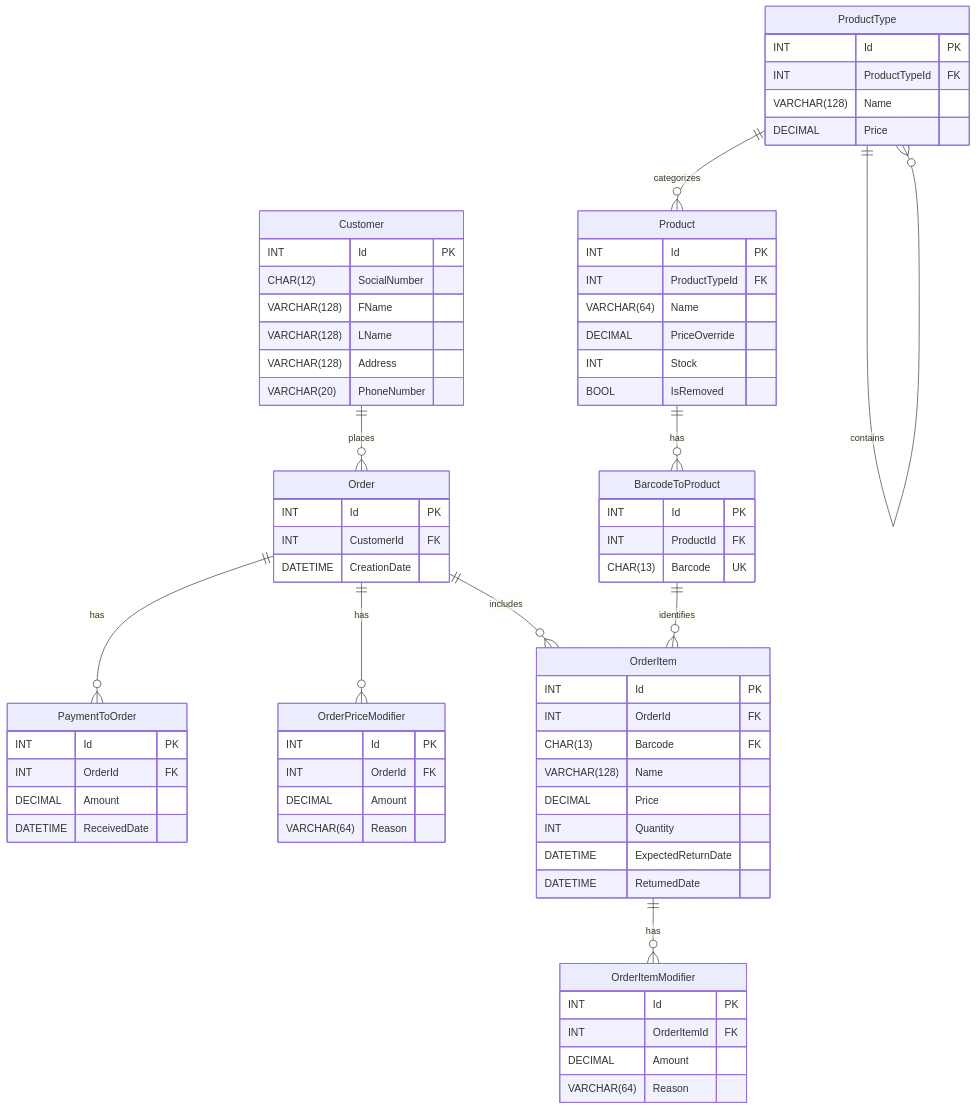
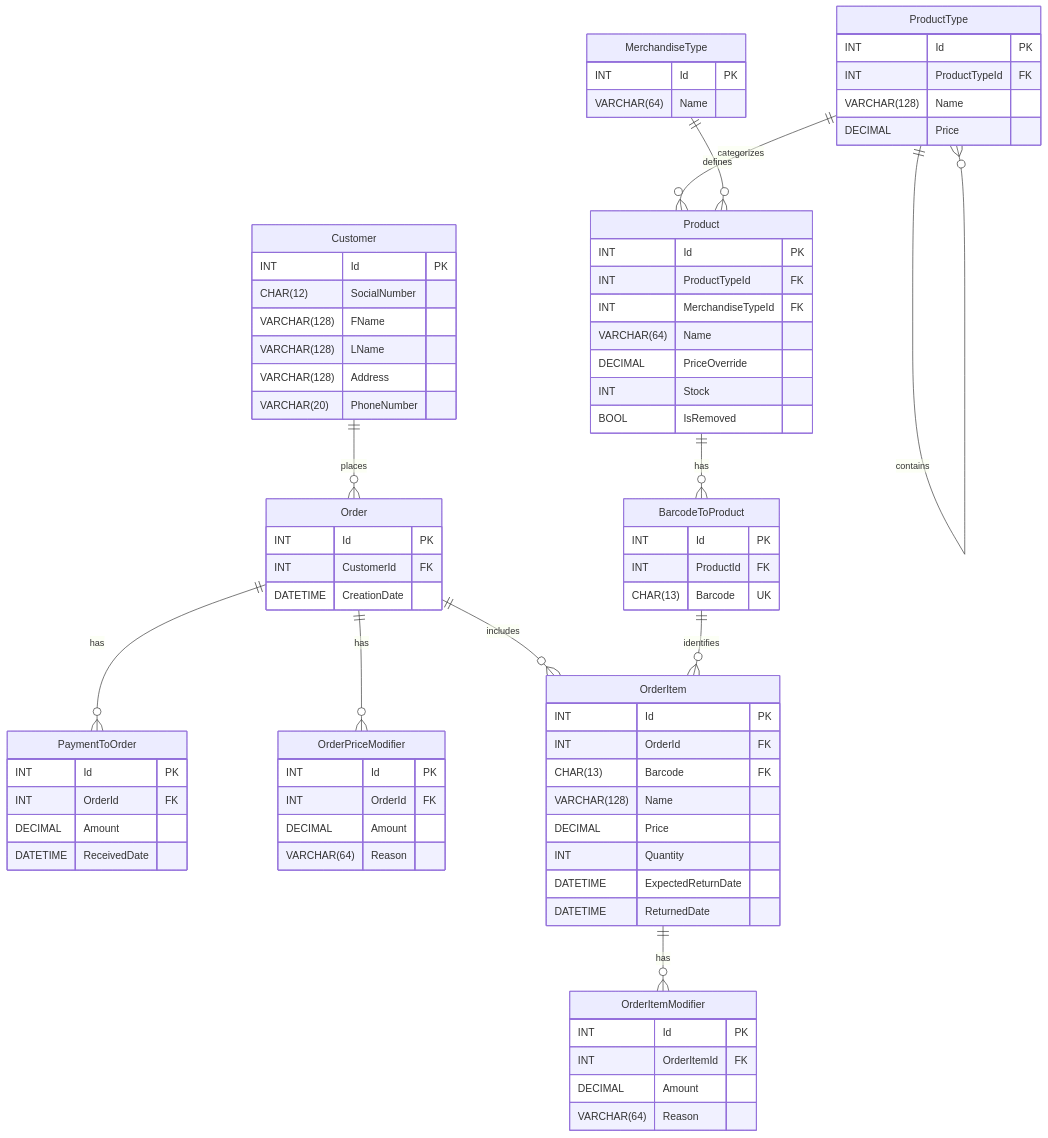
The first of 2 diagrams in README.md (Markus-Lundgren/Utemorgon), drawn with Mermaid before and after one commit. The commit also changed other lines of this file and 1 other file, not shown here.

First line of the commit message:
docs: update diagrams to match new structure.

```diff
--- a/README.md
+++ b/README.md
@@ -41,6 +41,7 @@
     Customer ||--o{ Order : places
     ProductType ||--o{ ProductType : contains
     ProductType ||--o{ Product : categorizes
+	MerchandiseType ||--o{ Product : defines
     Product ||--o{ BarcodeToProduct : has
     Order ||--o{ PaymentToOrder : has
     Order ||--o{ OrderPriceModifier : has
@@ -64,9 +65,15 @@
         DECIMAL Price
     }
 
+	MerchandiseType {
+		INT Id PK
+		VARCHAR(64) Name
+	}
+
     Product {
         INT Id PK
         INT ProductTypeId FK
+		INT MerchandiseTypeId FK
         VARCHAR(64) Name
         DECIMAL PriceOverride
         INT Stock
```
